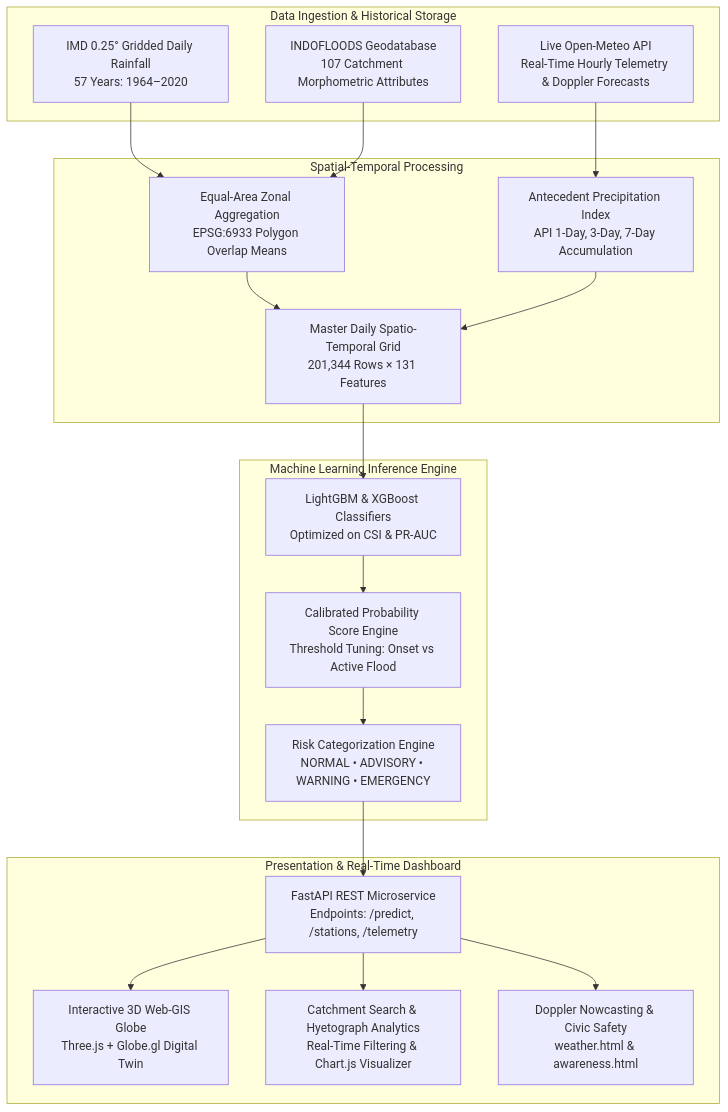
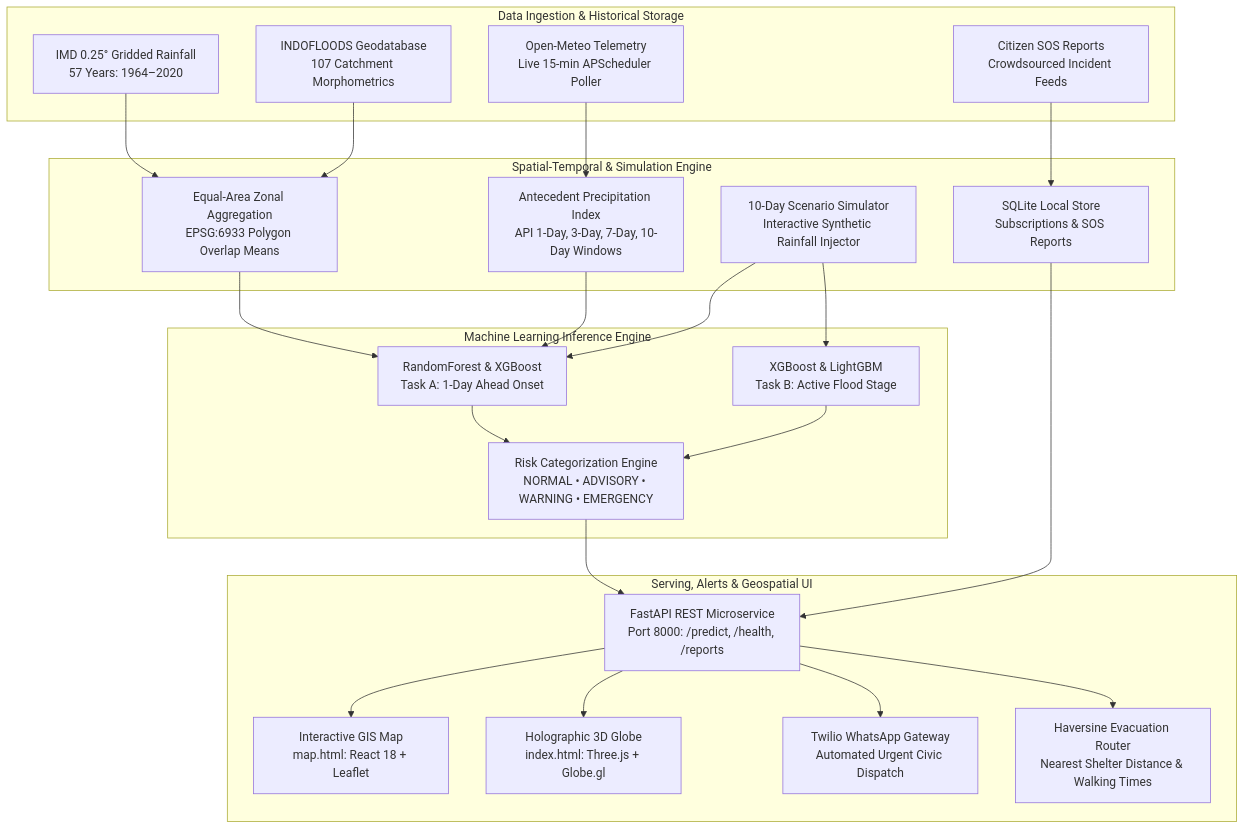
The diagram in README.md (abhisekghose5-oss/pravah-flash-flood-prediction), drawn with Mermaid before and after one commit. The commit also changed other lines of this file, not shown here.

Commit message:
docs: update README with interactive GIS flood map, scenario simulator, and complete API directory

````diff
--- a/README.md
+++ b/README.md
@@ -111,40 +162,47 @@
 ```mermaid
 flowchart TD
-    subgraph Data Layer [Data Ingestion & Historical Storage]
-        A1[IMD 0.25° Gridded Daily Rainfall<br/>57 Years: 1964–2020]
-        A2[INDOFLOODS Geodatabase<br/>107 Catchment Morphometric Attributes]
-        A3[Live Open-Meteo API<br/>Real-Time Hourly Telemetry & Doppler Forecasts]
+    subgraph Ingestion [Data Ingestion & Historical Storage]
+        A1[IMD 0.25° Gridded Rainfall<br/>57 Years: 1964–2020]
+        A2[INDOFLOODS Geodatabase<br/>107 Catchment Morphometrics]
+        A3[Open-Meteo Telemetry<br/>Live 15-min APScheduler Poller]
+        A4[Citizen SOS Reports<br/>Crowdsourced Incident Feeds]
     end
 
-    subgraph Feature Engineering [Spatial-Temporal Processing]
+    subgraph Processing [Spatial-Temporal & Simulation Engine]
         B1[Equal-Area Zonal Aggregation<br/>EPSG:6933 Polygon Overlap Means]
-        B2[Antecedent Precipitation Index<br/>API 1-Day, 3-Day, 7-Day Accumulation]
-        B3[Master Daily Spatio-Temporal Grid<br/>201,344 Rows × 131 Features]
+        B2[Antecedent Precipitation Index<br/>API 1-Day, 3-Day, 7-Day, 10-Day Windows]
+        B3[10-Day Scenario Simulator<br/>Interactive Synthetic Rainfall Injector]
+        B4[SQLite Local Store<br/>Subscriptions & SOS Reports]
     end
 
-    subgraph Intelligence Core [Machine Learning Inference Engine]
-        C1[LightGBM & XGBoost Classifiers<br/>Optimized on CSI & PR-AUC]
-        C2[Calibrated Probability Score Engine<br/>Threshold Tuning: Onset vs Active Flood]
+    subgraph Intelligence [Machine Learning Inference Engine]
+        C1[RandomForest & XGBoost<br/>Task A: 1-Day Ahead Onset]
+        C2[XGBoost & LightGBM<br/>Task B: Active Flood Stage]
         C3[Risk Categorization Engine<br/>NORMAL • ADVISORY • WARNING • EMERGENCY]
     end
 
-    subgraph Serving & UI Layer [Presentation & Real-Time Dashboard]
-        D1[FastAPI REST Microservice<br/>Endpoints: /predict, /stations, /telemetry]
-        D2[Interactive 3D Web-GIS Globe<br/>Three.js + Globe.gl Digital Twin]
-        D3[Catchment Search & Hyetograph Analytics<br/>Real-Time Filtering & Chart.js Visualizer]
-        D4[Doppler Nowcasting & Civic Safety<br/>weather.html & awareness.html]
+    subgraph Delivery [Serving, Alerts & Geospatial UI]
+        D1[FastAPI REST Microservice<br/>Port 8000: /predict, /health, /reports]
+        D2[Interactive GIS Map<br/>map.html: React 18 + Leaflet]
+        D3[Holographic 3D Globe<br/>index.html: Three.js + Globe.gl]
+        D4[Twilio WhatsApp Gateway<br/>Automated Urgent Civic Dispatch]
+        D5[Haversine Evacuation Router<br/>Nearest Shelter Distance & Walking Times]
     end
 
     A1 --> B1
     A2 --> B1
     A3 --> B2
-    B1 --> B3
-    B2 --> B3
+    A4 --> B4
+    B1 --> C1
+    B2 --> C1
     B3 --> C1
-    C1 --> C2
+    B3 --> C2
+    C1 --> C3
     C2 --> C3
     C3 --> D1
+    B4 --> D1
     D1 --> D2
     D1 --> D3
     D1 --> D4
+    D1 --> D5
 ```
````
